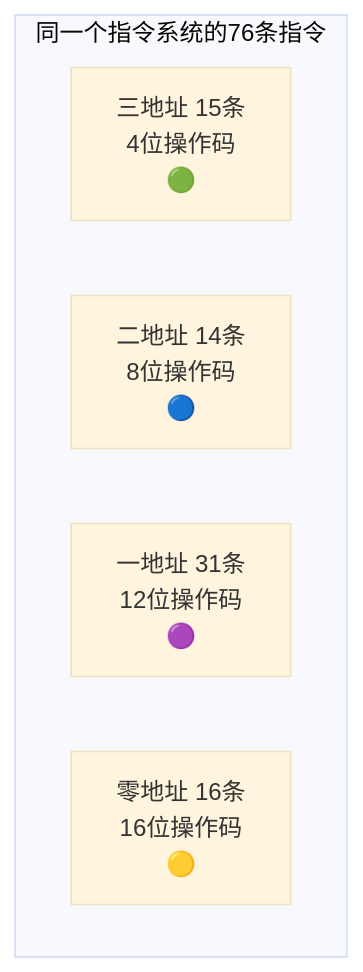
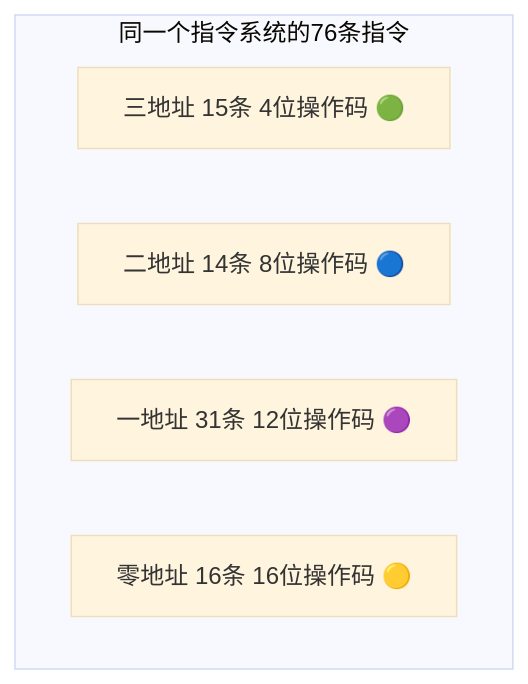
One commit to gilismael826-lgtm/course changed the fourth of 4 diagrams in 计算机组成原理/notes/专题笔记/专题-扩展操作码技术.md. Above: the diagram before and after it, drawn with Mermaid (base theme). The commit also changed other lines of this file and 28 other files, not shown here.

````diff
--- a/计算机组成原理/notes/专题笔记/专题-扩展操作码技术.md
+++ b/计算机组成原理/notes/专题笔记/专题-扩展操作码技术.md
@@ -147,9 +147,9 @@
 ```mermaid
 flowchart TD
     subgraph "同一个指令系统的76条指令"
-        A["三地址 15条<br/>4位操作码<br/>🟢"] 
-        B["二地址 14条<br/>8位操作码<br/>🔵"]
-        C["一地址 31条<br/>12位操作码<br/>🟣"]
-        D["零地址 16条<br/>16位操作码<br/>🟡"]
+        A["三地址 15条 4位操作码 🟢"] 
+        B["二地址 14条 8位操作码 🔵"]
+        C["一地址 31条 12位操作码 🟣"]
+        D["零地址 16条 16位操作码 🟡"]
     end
 ```
````
